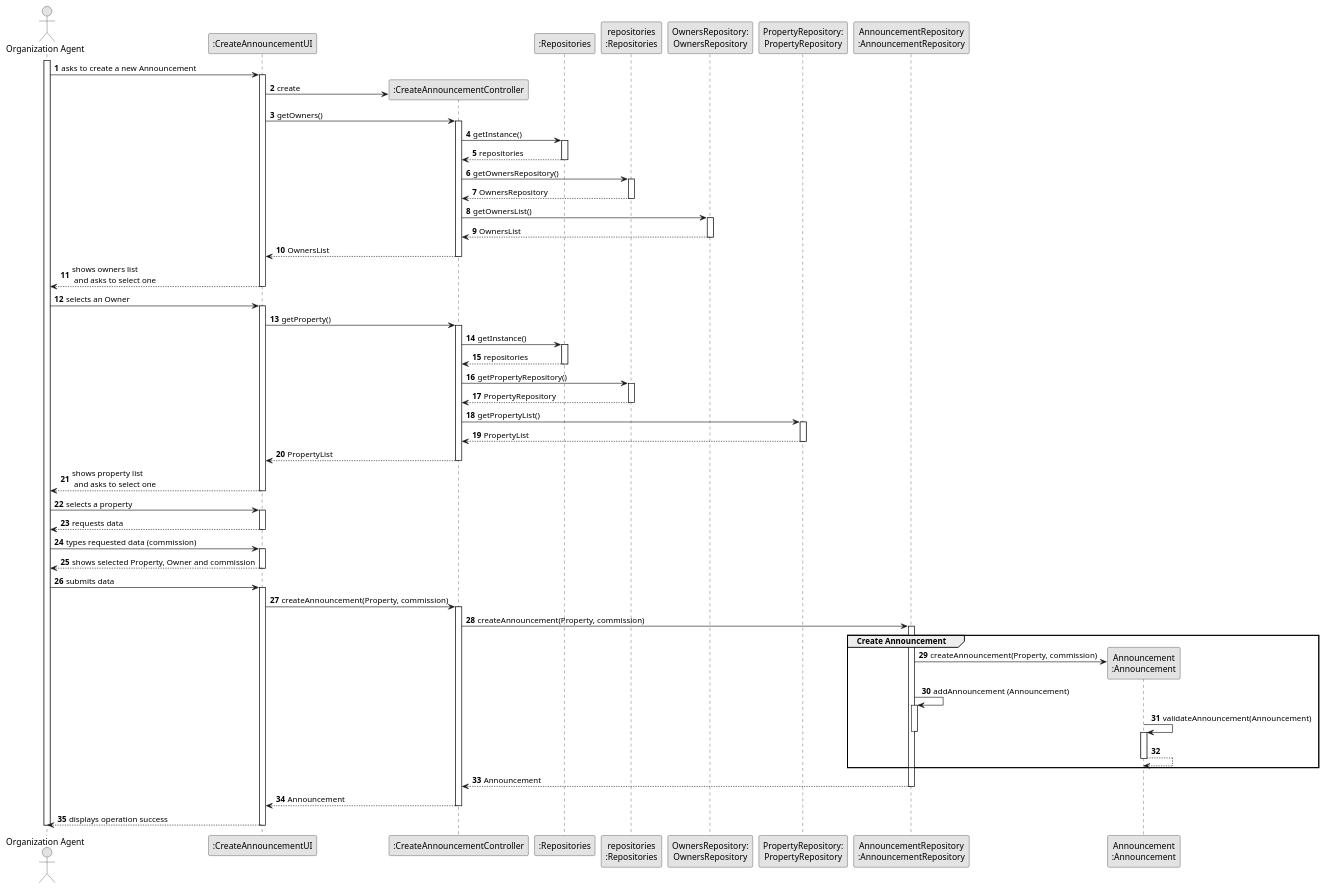
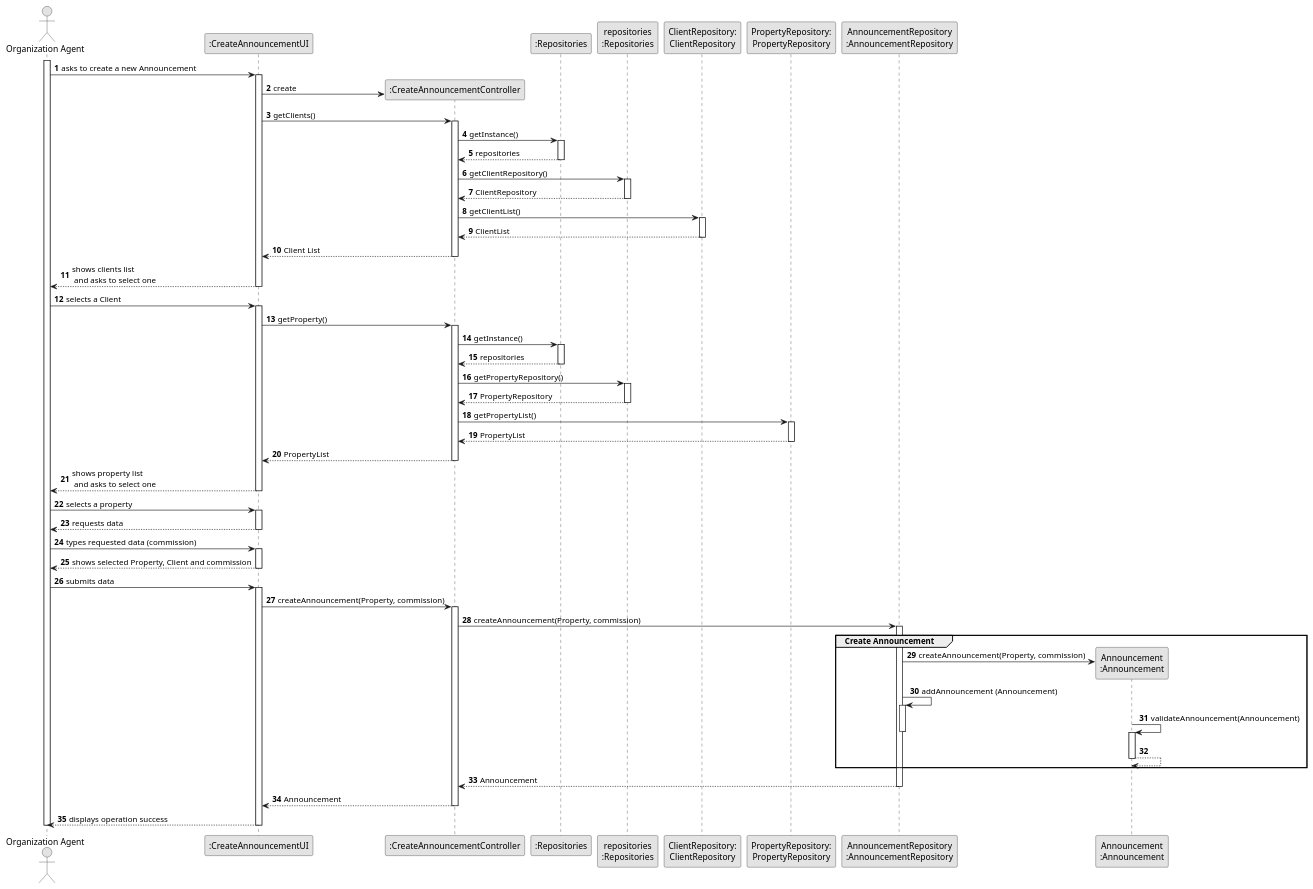
Before and after one commit to hugosilva2901/lei-22-s2-1DO-g68: the diagram in lei-22-s2-1do-g68/docs/SprintB/us002/03.design/puml/us002-sequence-diagram-full.puml, drawn with PlantUML. The commit also changed 1 other file, not shown here.

Commit message:
Diagrama classes completo com os metodos US002

```diff
--- a/lei-22-s2-1do-g68/docs/SprintB/us002/03.design/puml/us002-sequence-diagram-full.puml
+++ b/lei-22-s2-1do-g68/docs/SprintB/us002/03.design/puml/us002-sequence-diagram-full.puml
@@ -1,133 +1,133 @@
 @startuml
 skinparam monochrome true
 skinparam packageStyle rectangle
 skinparam shadowing false
 
 autonumber
 
 'hide footbox
 actor "Organization Agent" as ADM
 participant ":CreateAnnouncementUI" as UI
 participant ":CreateAnnouncementController" as CTRL
 participant ":Repositories" as RepositorySingleton
 participant "repositories\n:Repositories" as PLAT
-participant "OwnersRepository:\nOwnersRepository" as TaskCategoryRepository
+participant "ClientRepository:\nClientRepository" as TaskCategoryRepository
 participant "PropertyRepository:\nPropertyRepository" as PropertyRepository
 participant "AnnouncementRepository\n:AnnouncementRepository" as ORG
 participant "Announcement\n:Announcement" as TAREFA
 
 activate ADM
 
         ADM -> UI : asks to create a new Announcement
 
         activate UI
 
 '            UI --> ADM : requests data (reference, description,  informal \n description, technical description, duration, cost)
             'create CTRL
             UI -> CTRL** : create
 
-            UI -> CTRL : getOwners()
+            UI -> CTRL : getClients()
             activate CTRL
 
                 CTRL -> RepositorySingleton : getInstance()
                 activate RepositorySingleton
 
                     RepositorySingleton --> CTRL: repositories
                 deactivate RepositorySingleton
 
-                CTRL -> PLAT : getOwnersRepository()
+                CTRL -> PLAT : getClientRepository()
                 activate PLAT
 
-                    PLAT --> CTRL: OwnersRepository
+                    PLAT --> CTRL: ClientRepository
                 deactivate PLAT
 
-                CTRL -> TaskCategoryRepository : getOwnersList()
+                CTRL -> TaskCategoryRepository : getClientList()
                 activate TaskCategoryRepository
 
-                    TaskCategoryRepository --> CTRL : OwnersList
+                    TaskCategoryRepository --> CTRL : ClientList
                 deactivate TaskCategoryRepository
 
-                CTRL --> UI : OwnersList
+                CTRL --> UI : Client List
             deactivate CTRL
 
-            UI --> ADM : shows owners list\n and asks to select one
+            UI --> ADM : shows clients list\n and asks to select one
         deactivate UI
 
-    ADM -> UI : selects an Owner
+    ADM -> UI : selects a Client
     activate UI
 
                 UI -> CTRL : getProperty()
                 activate CTRL
 
                     CTRL -> RepositorySingleton : getInstance()
                     activate RepositorySingleton
 
                         RepositorySingleton --> CTRL: repositories
                     deactivate RepositorySingleton
 
                     CTRL -> PLAT : getPropertyRepository()
                     activate PLAT
 
                         PLAT --> CTRL: PropertyRepository
                     deactivate PLAT
 
                     CTRL -> PropertyRepository : getPropertyList()
                     activate PropertyRepository
 
                         PropertyRepository --> CTRL : PropertyList
                     deactivate PropertyRepository
 
                     CTRL --> UI : PropertyList
                 deactivate CTRL
 
                 UI --> ADM : shows property list\n and asks to select one
             deactivate UI
 
         ADM -> UI : selects a property
         activate UI
 
         UI --> ADM : requests data
     deactivate UI
 
     ADM -> UI : types requested data (commission)
     activate UI
 
-        UI --> ADM : shows selected Property, Owner and commission
+        UI --> ADM : shows selected Property, Client and commission
     deactivate UI
 
     ADM -> UI : submits data
         activate UI
 
             UI -> CTRL : createAnnouncement(Property, commission)
             activate CTRL
 
                 CTRL -> ORG: createAnnouncement(Property, commission)
                 activate ORG
 
                     group Create Announcement
                         ORG -> TAREFA**: createAnnouncement(Property, commission)
                         ORG -> ORG: addAnnouncement (Announcement)
 
 
                         activate ORG
                             TAREFA -> TAREFA: validateAnnouncement(Announcement)
                         deactivate ORG
 
                         activate TAREFA
                             TAREFA --> TAREFA
                         deactivate TAREFA
 
 
                     end
 
                     ORG --> CTRL : Announcement
                 deactivate ORG
 
                 CTRL --> UI: Announcement
                 deactivate CTRL
                 UI --> ADM: displays operation success
         deactivate UI
 
     deactivate ADM
 
 @enduml
```
